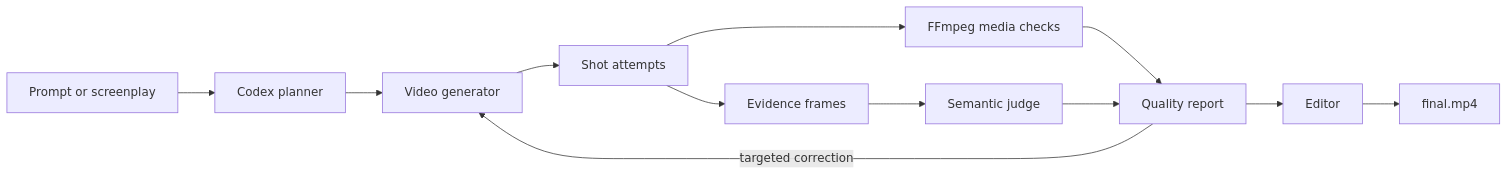
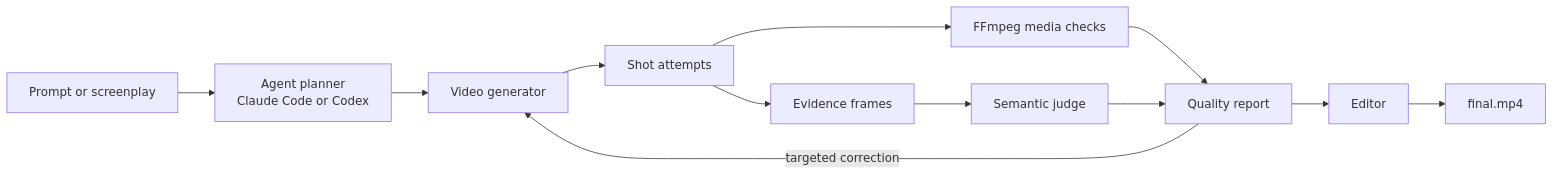
Before and after one commit to yingwang/inktofilm: the diagram in docs/technical-guide.md, drawn with Mermaid. The commit also changed 2 other files, not shown here.

Commit message:
docs: name both harnesses in the pipeline diagram
The pipeline figure and the architecture flowchart still showed the planner
as the Codex CLI, which contradicted the skill, the README, and the checked-in
.claude/skills symlink. The PLAN stage now names the agent generically and
lists both harnesses beneath it.

While in the figure, two labels that overflowed their boxes were shortened.

Claude-Session: https://claude.ai/code/session_01EaLkg8jUtAwo9aCWU5sUvv

````diff
--- a/docs/technical-guide.md
+++ b/docs/technical-guide.md
@@ -99,14 +99,14 @@
 ```mermaid
 flowchart LR
-    S[Prompt or screenplay] --> P[Codex planner]
+    S[Prompt or screenplay] --> P[Agent planner<br/>Claude Code or Codex]
     P --> G[Video generator]
     G --> V[Shot attempts]
     V --> M[FFmpeg media checks]
     V --> E[Evidence frames]
     E --> J[Semantic judge]
     M --> R[Quality report]
     J --> R
     R -->|targeted correction| G
     R --> A[Editor]
     A --> F[final.mp4]
 ```
````
